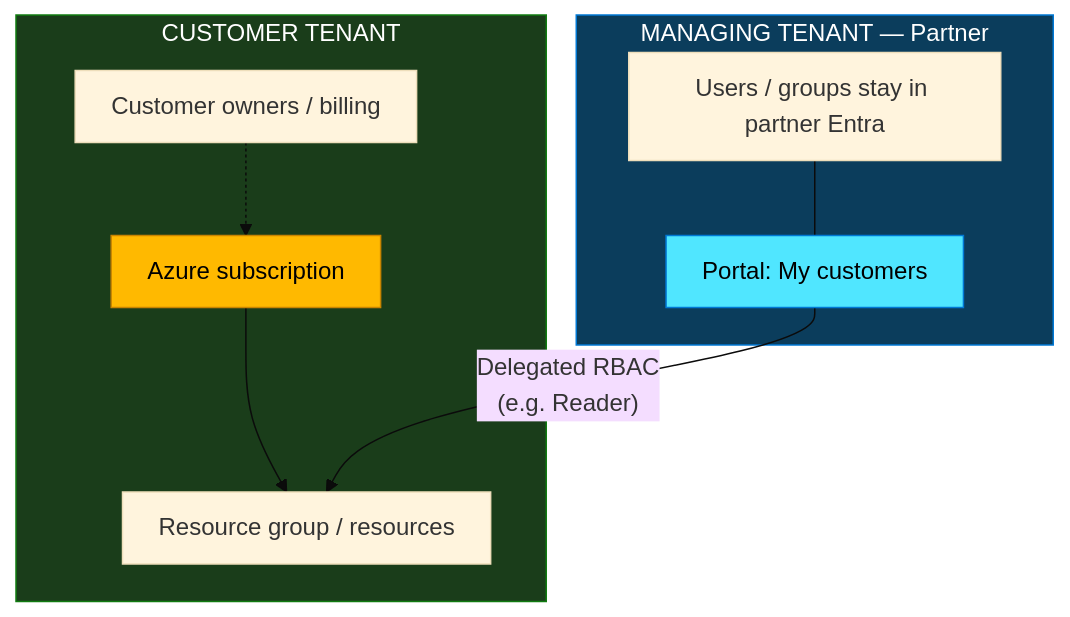
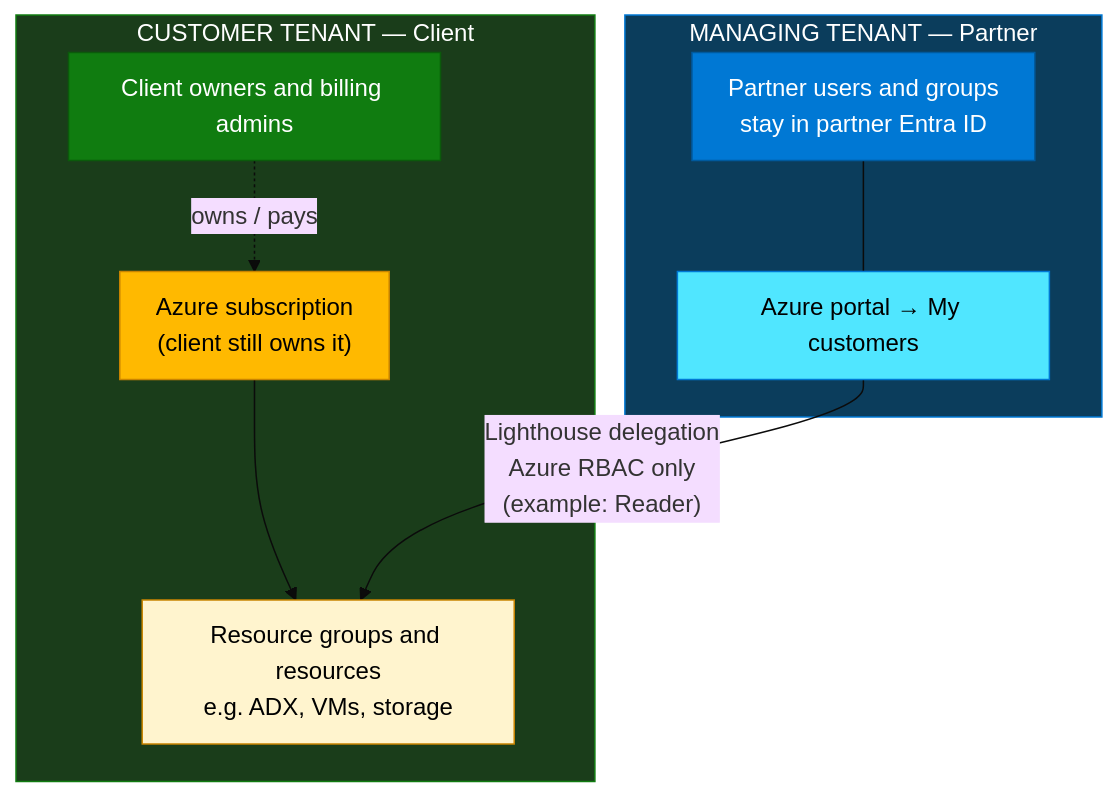
One commit to atingupta2005/adx-aws-training-aug-26 changed the second of 10 diagrams in Module_09_Azure_Lighthouse/09_Azure_Lighthouse_Concepts.md. Above: the diagram before and after it, drawn with Mermaid. The commit also changed other lines of this file, not shown here.

````diff
--- a/Module_09_Azure_Lighthouse/09_Azure_Lighthouse_Concepts.md
+++ b/Module_09_Azure_Lighthouse/09_Azure_Lighthouse_Concepts.md
@@ -33,20 +65,24 @@
 ```mermaid
 %%{init: {"theme":"base","flowchart":{"htmlLabels":true,"padding":12}}}%%
 flowchart TB
   subgraph MT["MANAGING TENANT — Partner"]
-    MU["Users / groups stay in partner Entra"]
-    MC["Portal: My customers"]
+    MU["Partner users and groups<br/>stay in partner Entra ID"]
+    MC["Azure portal → My customers"]
     MU --- MC
   end
-  subgraph CT["CUSTOMER TENANT"]
-    CE["Customer owners / billing"]
-    SUB["Azure subscription"]
-    RG["Resource group / resources"]
-    CE -.-> SUB --> RG
+  subgraph CT["CUSTOMER TENANT — Client"]
+    CE["Client owners and billing admins"]
+    SUB["Azure subscription<br/>(client still owns it)"]
+    RG["Resource groups and resources<br/>e.g. ADX, VMs, storage"]
+    CE -.->|"owns / pays"| SUB
+    SUB --> RG
   end
-  MC -->|"Delegated RBAC<br/>(e.g. Reader)"| RG
+  MC -->|"Lighthouse delegation<br/>Azure RBAC only<br/>(example: Reader)"| RG
   style MT fill:#0b3d5c,stroke:#0078D4,color:#fff
   style CT fill:#1a3d1a,stroke:#107C10,color:#fff
+  style MU fill:#0078D4,stroke:#005A9E,color:#fff
   style MC fill:#50e6ff,stroke:#0078D4,color:#000
+  style CE fill:#107C10,stroke:#0B5A0B,color:#fff
   style SUB fill:#FFB900,stroke:#C98400,color:#000
+  style RG fill:#fff4ce,stroke:#C98400,color:#000
 ```
````
